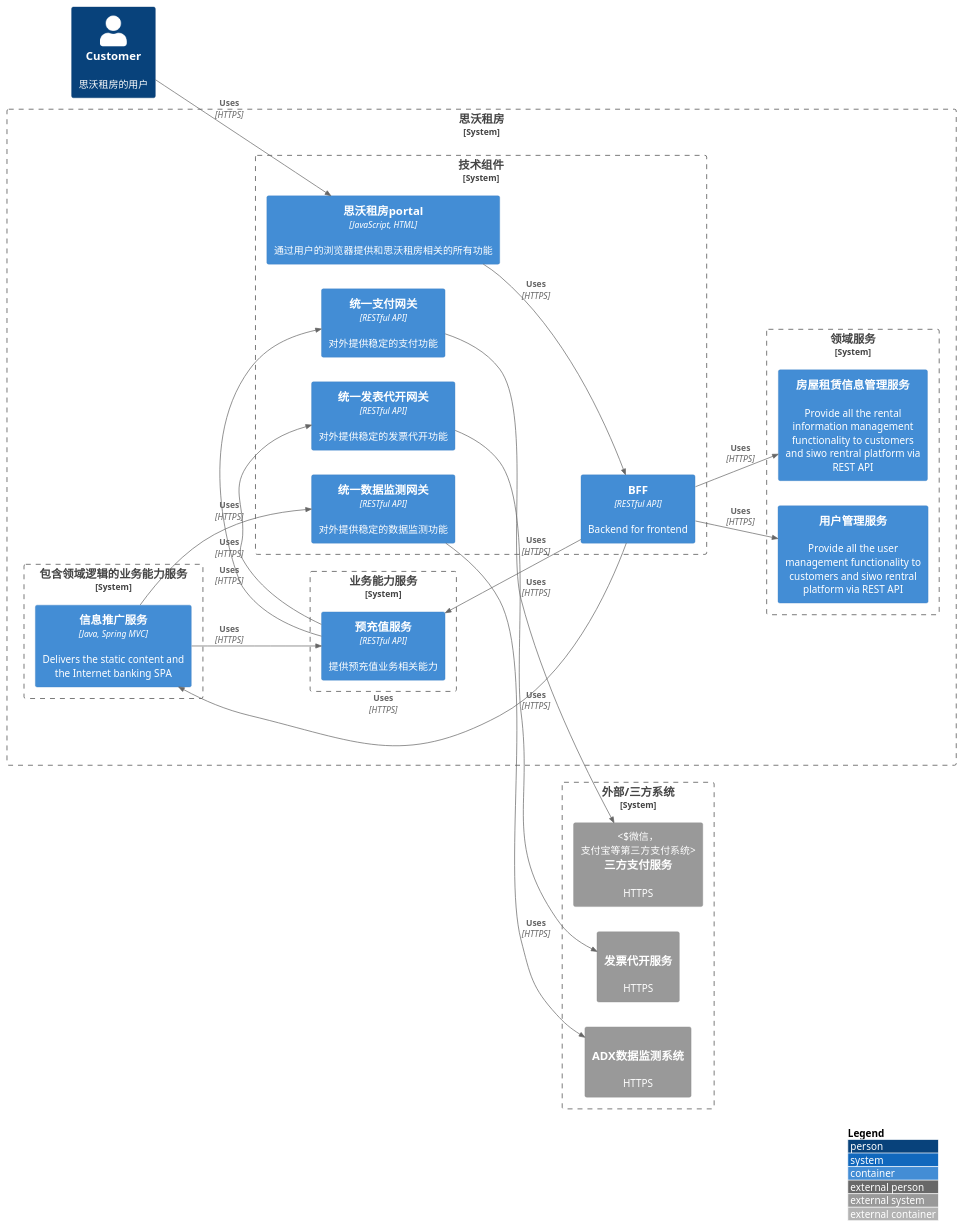
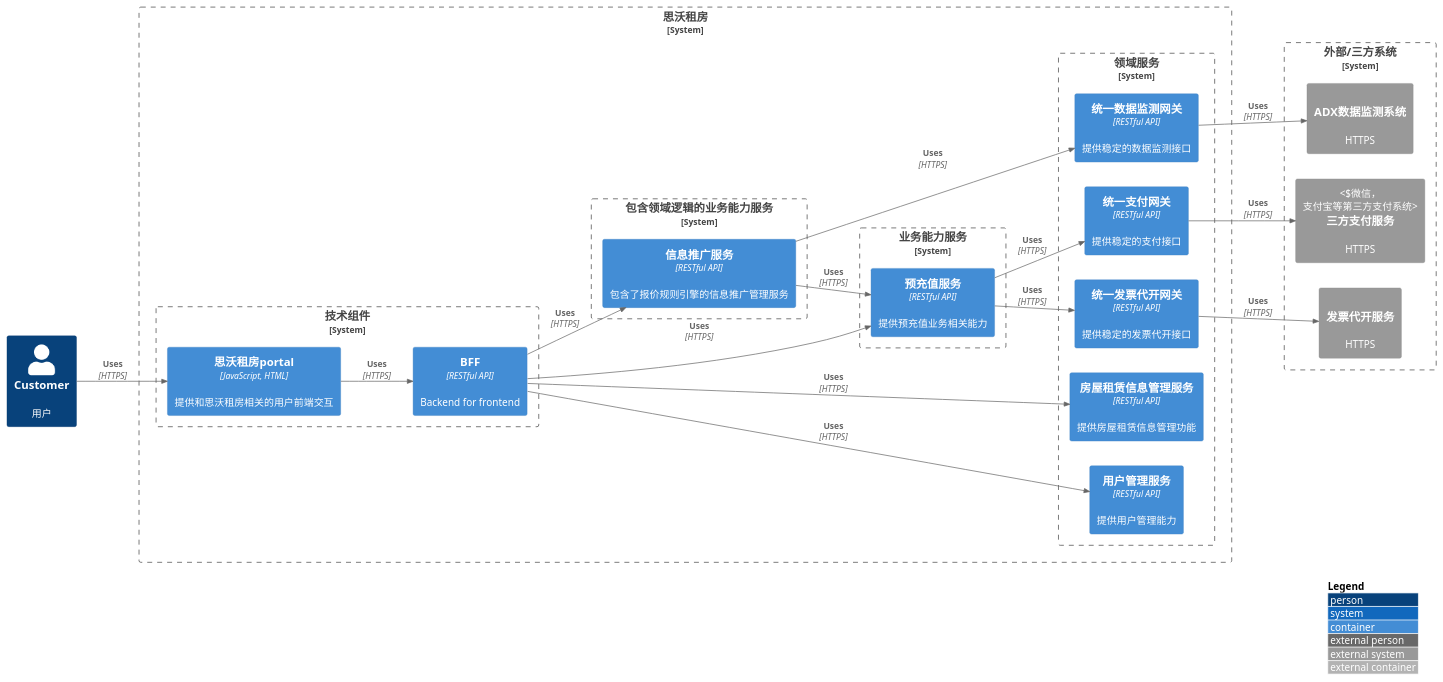
Before and after one commit to 5macro/C4-PlantUML: the diagram in workspace/dark-horse/classwork/C4_Container Diagram.puml, drawn with PlantUML.

Commit message:
complete the inter arch.

```diff
--- a/workspace/dark-horse/classwork/C4_Container Diagram.puml
+++ b/workspace/dark-horse/classwork/C4_Container Diagram.puml
@@ -1,58 +1,57 @@
 @startuml
 !include https://raw.githubusercontent.com/plantuml-stdlib/C4-PlantUML/master/C4_Container.puml
 ' uncomment the following line and comment the first to use locally
 ' !include C4_Container.puml
 
-'LAYOUT_TOP_DOWN()
-'LAYOUT_LEFT_RIGHT()
-LAYOUT_LANDSCAPE()
+LAYOUT_LEFT_RIGHT()
 LAYOUT_WITH_LEGEND()
 
-Person(customer, Customer, "思沃租房的用户")
+Person(customer, Customer, "用户")
 
 System_Boundary(siwo_rental_platform, "思沃租房") {
     System_Boundary(technology_components, "技术组件") {
-        Container(siwo_rentals_portal, "思沃租房portal", "JavaScript, HTML", "通过用户的浏览器提供和思沃租房相关的所有功能")
+        Container(siwo_rentals_portal, "思沃租房portal", "JavaScript, HTML", "提供和思沃租房相关的用户前端交互")
         Container(bff, "BFF", "RESTful API", "Backend for frontend")
-        Container(unified_payment_gateway, "统一支付网关", "RESTful API", "对外提供稳定的支付功能")
-        Container(unified_invoice_gateway, "统一发表代开网关", "RESTful API", "对外提供稳定的发票代开功能")
-        Container(unified_data_monitoring_gateway, "统一数据监测网关", "RESTful API", "对外提供稳定的数据监测功能")
     }
 
     System_Boundary(business_svc, "业务能力服务") {
         Container(pre_charge_service, "预充值服务", "RESTful API", "提供预充值业务相关能力")
     }
 
     System_Boundary(domain_svc, "领域服务") {
-        Container(user_management_service, "用户管理服务", "", "Provide all the user management functionality to customers and siwo rentral platform via REST API")
-        Container(rental_information_management_service, "房屋租赁信息管理服务", "", "Provide all the rental information management functionality to customers and siwo rentral platform via REST API")
+        Container(user_management_service, "用户管理服务", "RESTful API", "提供用户管理能力")
+        Container(rental_information_management_service, "房屋租赁信息管理服务", "RESTful API", "提供房屋租赁信息管理功能")
+        Container(unified_payment_gateway, "统一支付网关", "RESTful API", "提供稳定的支付接口")
+        Container(unified_invoice_gateway, "统一发票代开网关", "RESTful API", "提供稳定的发票代开接口")
+        Container(unified_data_monitoring_gateway, "统一数据监测网关", "RESTful API", "提供稳定的数据监测接口")
     }
 
-    System_Boundary(c4, "包含领域逻辑的业务能力服务") {
-        Container(information_promotion_service, "信息推广服务", "Java, Spring MVC", "Delivers the static content and the Internet banking SPA")
+    System_Boundary(business_svc_with_domain, "包含领域逻辑的业务能力服务") {
+        Container(information_promotion_service, "信息推广服务", "RESTful API", "包含了报价规则引擎的信息推广管理服务")
     }
 }
 
 System_Boundary(3rd_party_system, "外部/三方系统") {
     System_Ext(three_party_payment_service, "三方支付服务", "HTTPS", "微信，支付宝等第三方支付系统")
     System_Ext(invoice_service, "发票代开服务", "HTTPS", "提供发票代开的三方服务")
     System_Ext(adx_data_monitoring_system, "ADX数据监测系统", "HTTPS", "提供数据监测服务")
 }
 
 Rel(customer, siwo_rentals_portal, "Uses", "HTTPS")
 
 Rel(siwo_rentals_portal, bff, "Uses", "HTTPS")
 Rel(bff, user_management_service, "Uses", "HTTPS")
 Rel(bff, rental_information_management_service, "Uses", "HTTPS")
 Rel(bff, information_promotion_service, "Uses", "HTTPS")
 Rel(bff, pre_charge_service, "Uses", "HTTPS")
 
 Rel(information_promotion_service, unified_data_monitoring_gateway, "Uses", "HTTPS")
 Rel(unified_data_monitoring_gateway, adx_data_monitoring_system, "Uses", "HTTPS")
 Rel(information_promotion_service, pre_charge_service, "Uses", "HTTPS")
 
 Rel(pre_charge_service, unified_payment_gateway, "Uses", "HTTPS")
 Rel(unified_payment_gateway, three_party_payment_service, "Uses", "HTTPS")
 Rel(pre_charge_service, unified_invoice_gateway, "Uses", "HTTPS")
 Rel(unified_invoice_gateway, invoice_service, "Uses", "HTTPS")
+
 @enduml
```
